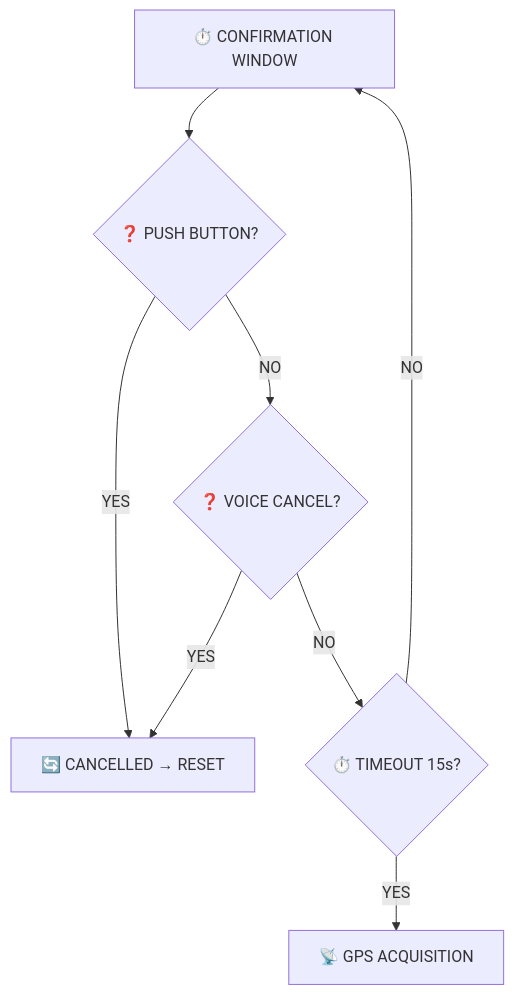
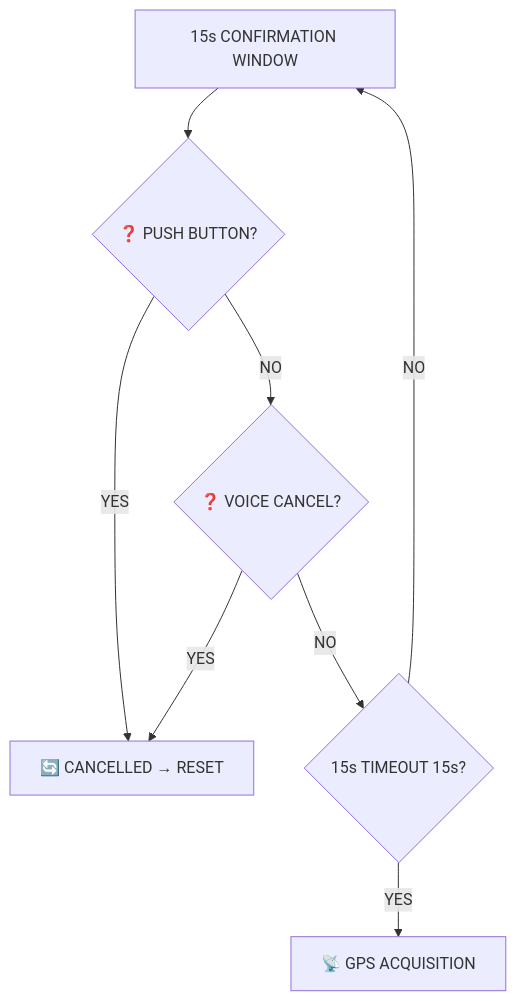
Before and after one commit to qppd/smart-vehicle-impact-detection-device: the sixth of 7 diagrams in docs/FLOWCHART.md, drawn with Mermaid. The commit also changed other lines of this file and 10 other files, not shown here.

````diff
--- a/docs/FLOWCHART.md
+++ b/docs/FLOWCHART.md
@@ -123,10 +123,10 @@
 ```mermaid
 flowchart TD
-    CONFIRM["⏱️ CONFIRMATION WINDOW"] --> BUTTON{"❓ PUSH BUTTON?"}
+    CONFIRM["15s CONFIRMATION WINDOW"] --> BUTTON{"❓ PUSH BUTTON?"}
     BUTTON -->|YES| CANCELLED["🔄 CANCELLED → RESET"]
     BUTTON -->|NO| VOICE{"❓ VOICE CANCEL?"}
     VOICE -->|YES| CANCELLED
-    VOICE -->|NO| TIMEOUT{"⏱️ TIMEOUT 15s?"}
+    VOICE -->|NO| TIMEOUT{"15s TIMEOUT 15s?"}
     TIMEOUT -->|YES| GPS_ACQ["📡 GPS ACQUISITION"]
     TIMEOUT -->|NO| CONFIRM
 ```
````
